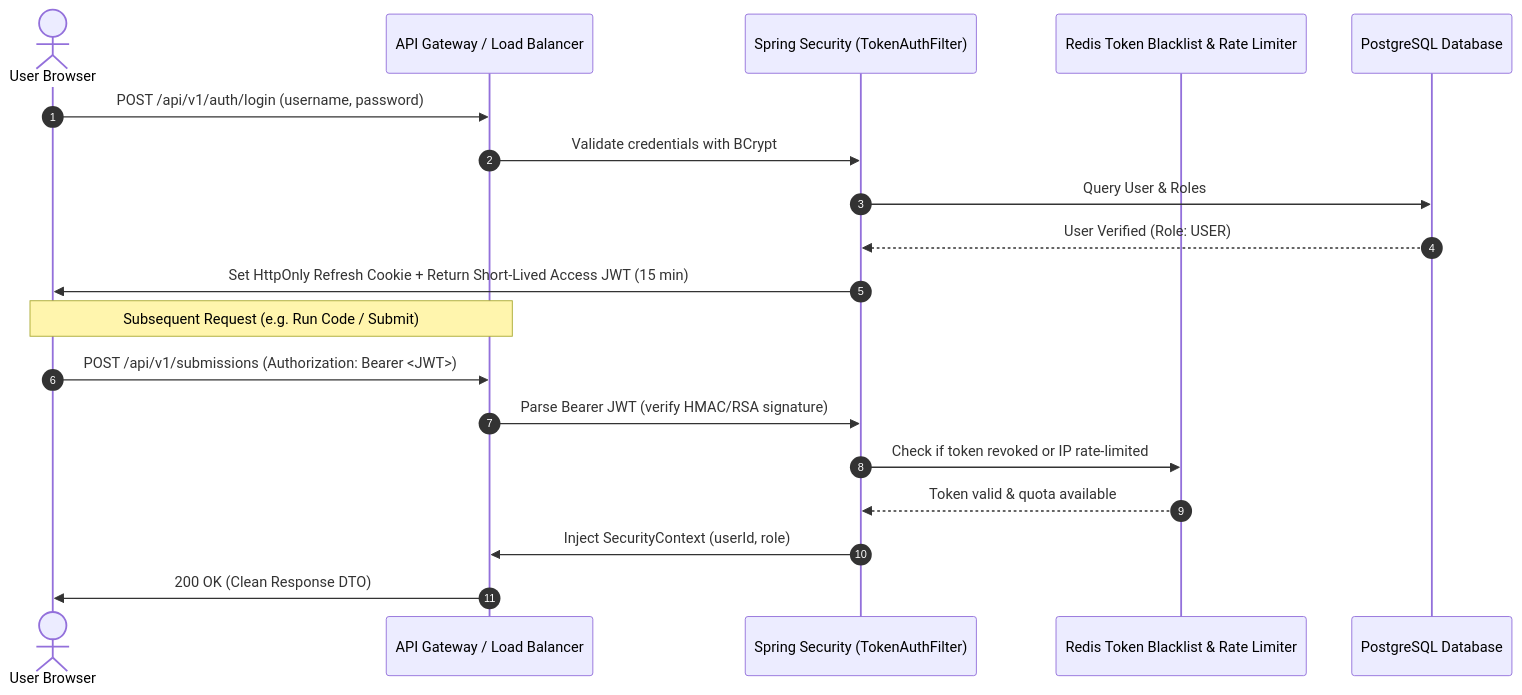
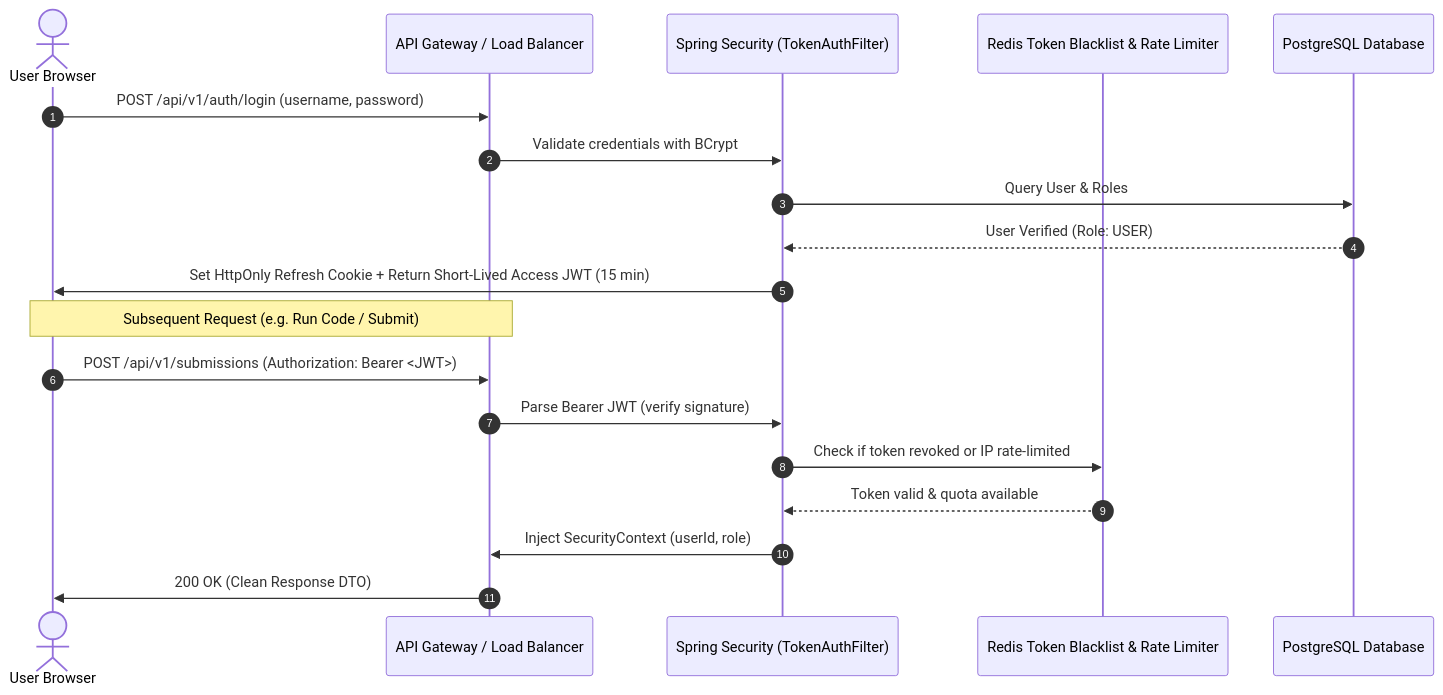
Before and after one commit to hrishu22/Katasphere: the fourth of 6 diagrams in docs/ENTERPRISE_ARCHITECTURE.md, drawn with Mermaid. The commit also changed other lines of this file and 1 other file, not shown here.

Commit message:
docs: unify capacity planning and back-of-the-envelope calculations into enterprise architecture

````diff
--- a/docs/ENTERPRISE_ARCHITECTURE.md
+++ b/docs/ENTERPRISE_ARCHITECTURE.md
@@ -127,23 +216,23 @@
 ```mermaid
 sequenceDiagram
     autonumber
     actor User as User Browser
     participant Gateway as API Gateway / Load Balancer
     participant Auth as Spring Security (TokenAuthFilter)
     participant Redis as Redis Token Blacklist & Rate Limiter
     participant DB as PostgreSQL Database
 
     User->>Gateway: POST /api/v1/auth/login (username, password)
     Gateway->>Auth: Validate credentials with BCrypt
     Auth->>DB: Query User & Roles
     DB-->>Auth: User Verified (Role: USER)
     Auth->>User: Set HttpOnly Refresh Cookie + Return Short-Lived Access JWT (15 min)
 
     Note over User,Gateway: Subsequent Request (e.g. Run Code / Submit)
     User->>Gateway: POST /api/v1/submissions (Authorization: Bearer <JWT>)
-    Gateway->>Auth: Parse Bearer JWT (verify HMAC/RSA signature)
+    Gateway->>Auth: Parse Bearer JWT (verify signature)
     Auth->>Redis: Check if token revoked or IP rate-limited
     Redis-->>Auth: Token valid & quota available
     Auth->>Gateway: Inject SecurityContext (userId, role)
     Gateway->>User: 200 OK (Clean Response DTO)
 ```
````
